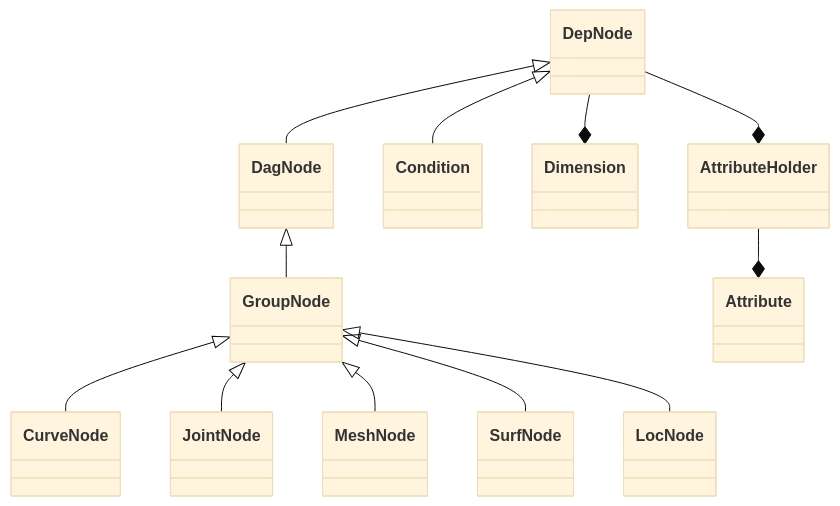
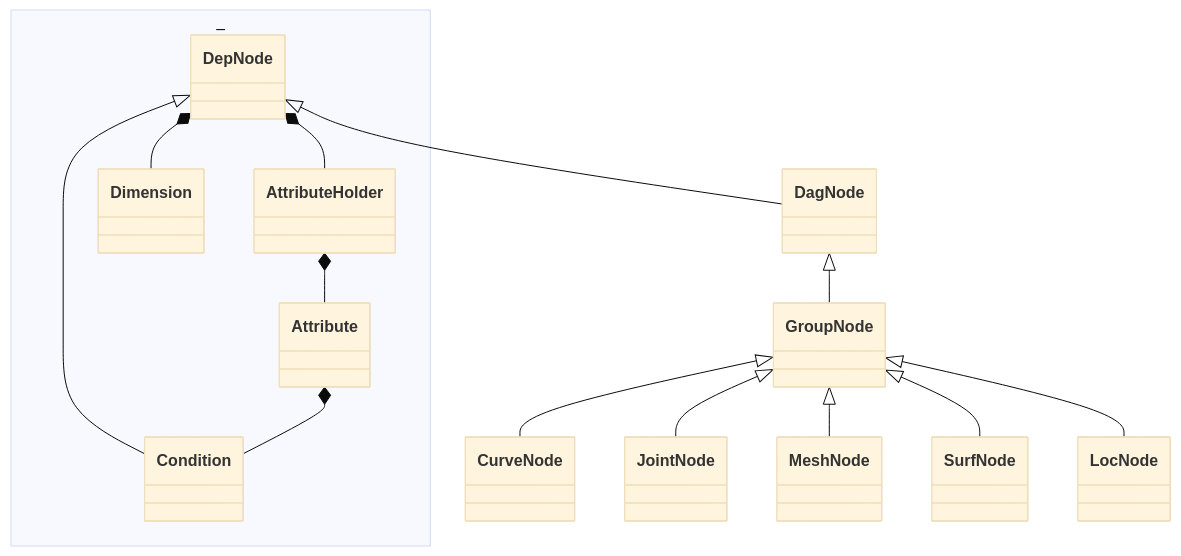
The first of 2 diagrams in README.md (nickyliux/nl_rigging_tools), drawn with Mermaid (base theme) before and after one commit. The commit also changed other lines of this file, not shown here.

````diff
--- a/README.md
+++ b/README.md
@@ -21,16 +21,24 @@
 ```mermaid
 classDiagram
     
     DepNode <|-- DagNode
     DagNode <|-- GroupNode
     DepNode <|-- Condition
     GroupNode <|-- CurveNode
     GroupNode <|-- JointNode
     GroupNode <|-- MeshNode
     GroupNode <|-- SurfNode
     GroupNode <|-- LocNode
-    DepNode --* Dimension
-    DepNode --* AttributeHolder
-    AttributeHolder --* Attribute
+    DepNode *-- AttributeHolder
+    AttributeHolder *-- Attribute
+    Attribute *-- Condition
+    DepNode *-- Dimension
+    namespace _ {
+        class DepNode
+        class AttributeHolder
+        class Attribute
+        class Dimension
+        class Condition
+    }
     
 ```
````
